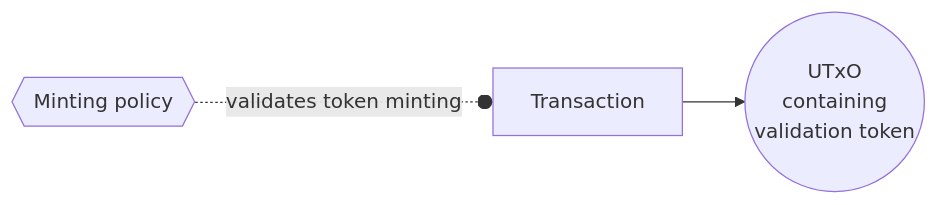
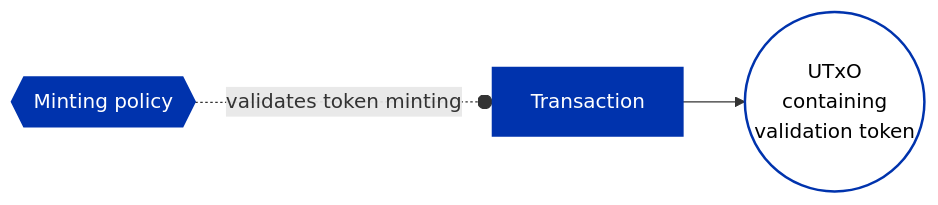
Before and after one commit to cardano-foundation/developer-portal: the third of 4 diagrams in docs/smart-contracts/advanced/design-patterns/transaction-level-validation/transaction-level-validation-minting-policy.md, drawn with Mermaid. The commit also changed other lines of this file and 14 other files, not shown here.

Commit message:
cardano unified color scheme for mermaid diagrams

````diff
--- a/docs/smart-contracts/advanced/design-patterns/transaction-level-validation/transaction-level-validation-minting-policy.md
+++ b/docs/smart-contracts/advanced/design-patterns/transaction-level-validation/transaction-level-validation-minting-policy.md
@@ -73,6 +83,11 @@
 ```mermaid
 graph LR
     TX[Transaction]
     TX --> A1((UTxO \n containing \n validation token))
     MP{{Minting policy}} -.-o |validates token minting| TX
+
+    classDef emphasized fill:#0033AD,stroke:#0033AD,stroke-width:2px,color:#FFFFFF
+    classDef regular fill:#FFFFFF,stroke:#0033AD,stroke-width:2px,color:#000000
+    class TX,MP emphasized
+    class A1 regular
 ```
````
